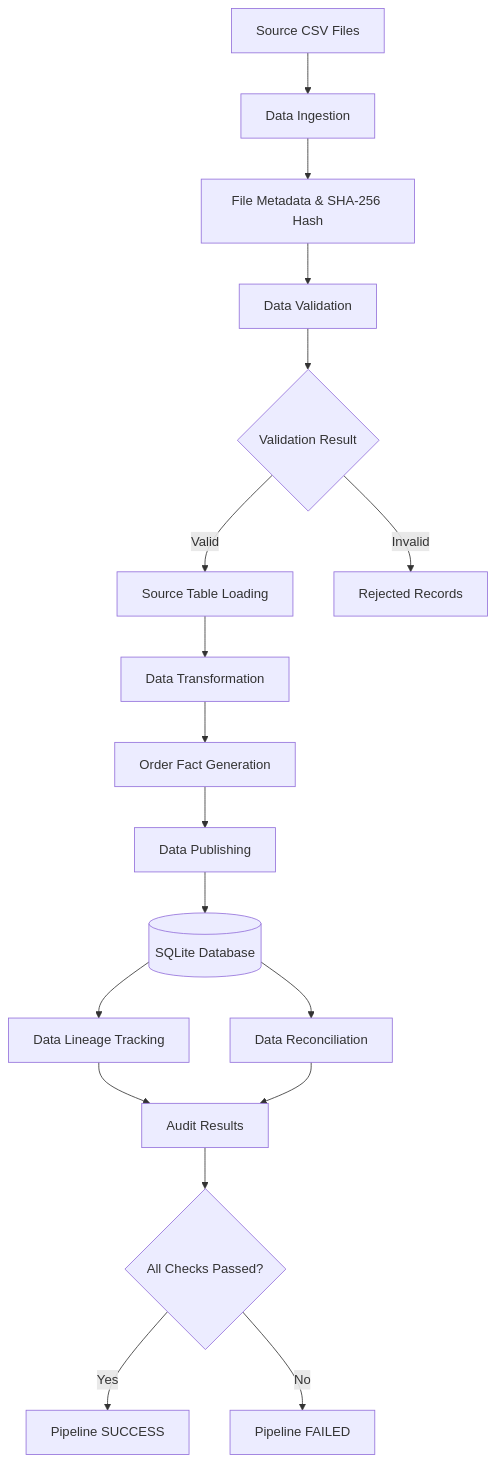
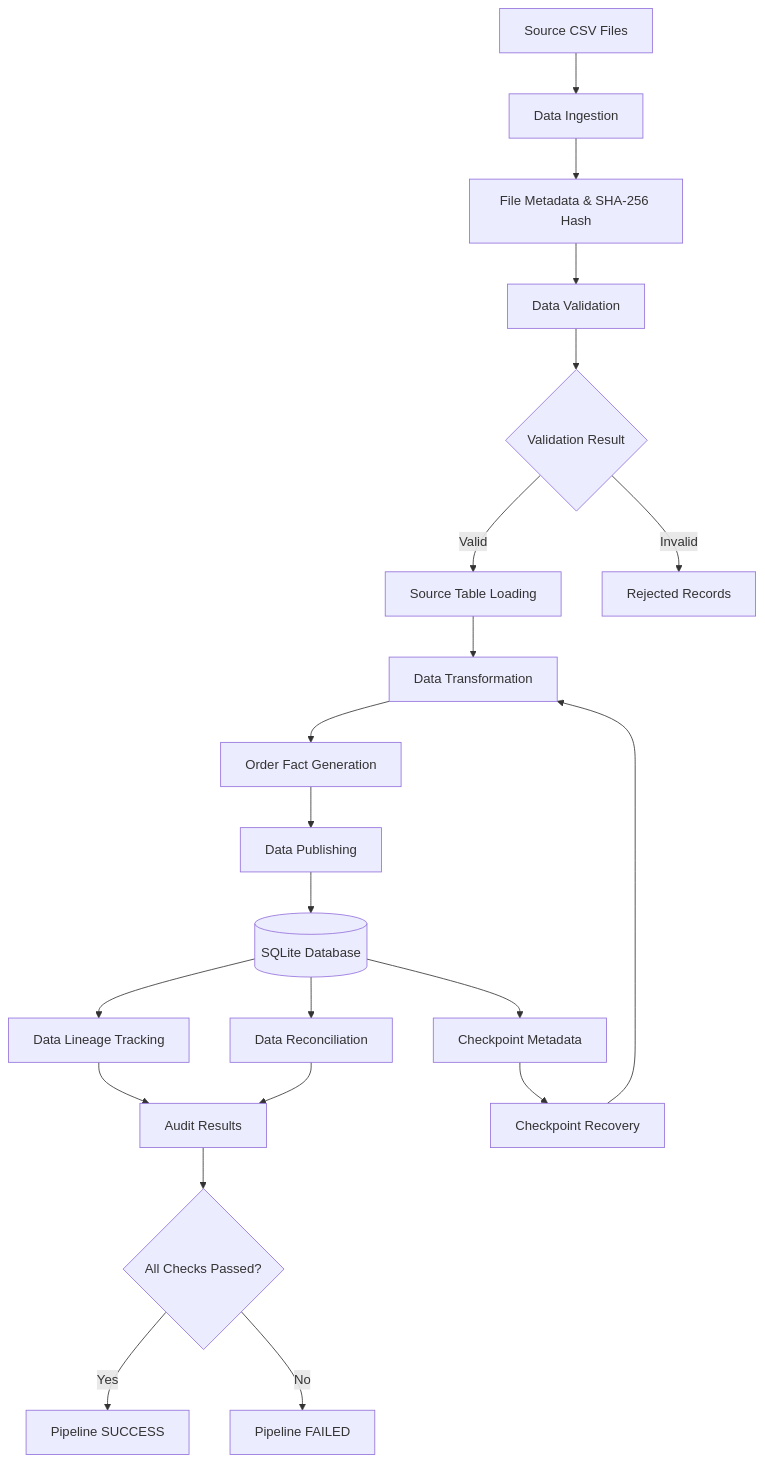
The diagram in README.md (Deva0703/DataFlow-Audit), drawn with Mermaid before and after one commit. The commit also changed other lines of this file, not shown here.

Commit message:
Update README with retry and checkpoint recovery

````diff
--- a/README.md
+++ b/README.md
@@ -44,27 +62,31 @@
-```mermaid
+``` mermaid
 flowchart TD
     A["Source CSV Files"] --> B["Data Ingestion"]
     B --> C["File Metadata & SHA-256 Hash"]
     C --> D["Data Validation"]
 
     D --> E{"Validation Result"}
 
     E -->|"Valid"| F["Source Table Loading"]
     E -->|"Invalid"| G["Rejected Records"]
 
     F --> H["Data Transformation"]
     H --> I["Order Fact Generation"]
     I --> J["Data Publishing"]
 
     J --> K[("SQLite Database")]
 
     K --> L["Data Lineage Tracking"]
     K --> M["Data Reconciliation"]
+    K --> N["Checkpoint Metadata"]
 
-    L --> N["Audit Results"]
-    M --> N
+    L --> O["Audit Results"]
+    M --> O
+    N --> P["Checkpoint Recovery"]
 
-    N --> O{"All Checks Passed?"}
-    O -->|"Yes"| P["Pipeline SUCCESS"]
-    O -->|"No"| Q["Pipeline FAILED"]
+    O --> Q{"All Checks Passed?"}
+    Q -->|"Yes"| R["Pipeline SUCCESS"]
+    Q -->|"No"| S["Pipeline FAILED"]
+
+    P --> H
 ```
````
